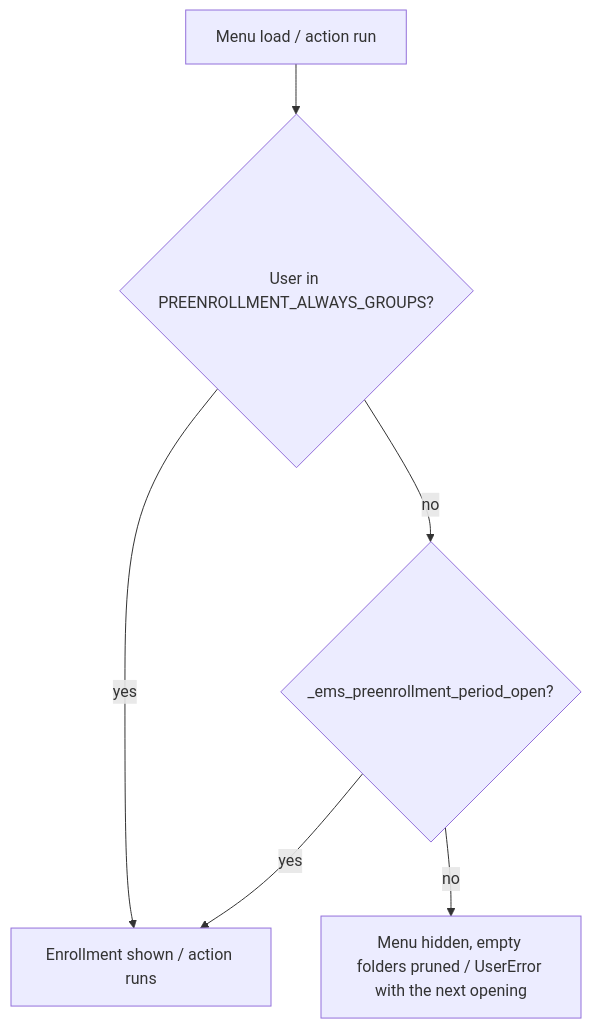
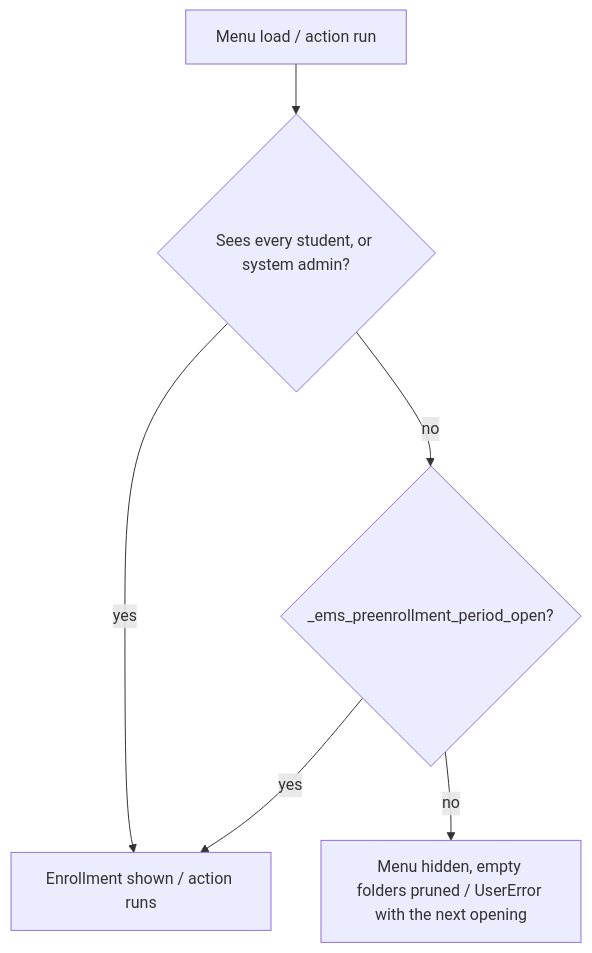
One commit to ElPuig/EMS changed the third of 3 diagrams in docs/en/developers/enrollment/enrollment_proposal_wizard.md. Above: the diagram before and after it, drawn with Mermaid. The commit also changed other lines of this file and 5 other files, not shown here.

First line of the commit message:
#654 Closing quality audit: shared every-student check, CSS-only view copies, tests regrouped

````diff
--- a/docs/en/developers/enrollment/enrollment_proposal_wizard.md
+++ b/docs/en/developers/enrollment/enrollment_proposal_wizard.md
@@ -152,8 +152,8 @@
 ```mermaid
 flowchart TD
-    A[Menu load / action run] --> B{User in PREENROLLMENT_ALWAYS_GROUPS?}
+    A[Menu load / action run] --> B{Sees every student, or system admin?}
     B -- yes --> V[Enrollment shown / action runs]
     B -- no --> C{_ems_preenrollment_period_open?}
     C -- yes --> V
     C -- no --> H[Menu hidden, empty folders pruned / UserError with the next opening]
 ```
````
